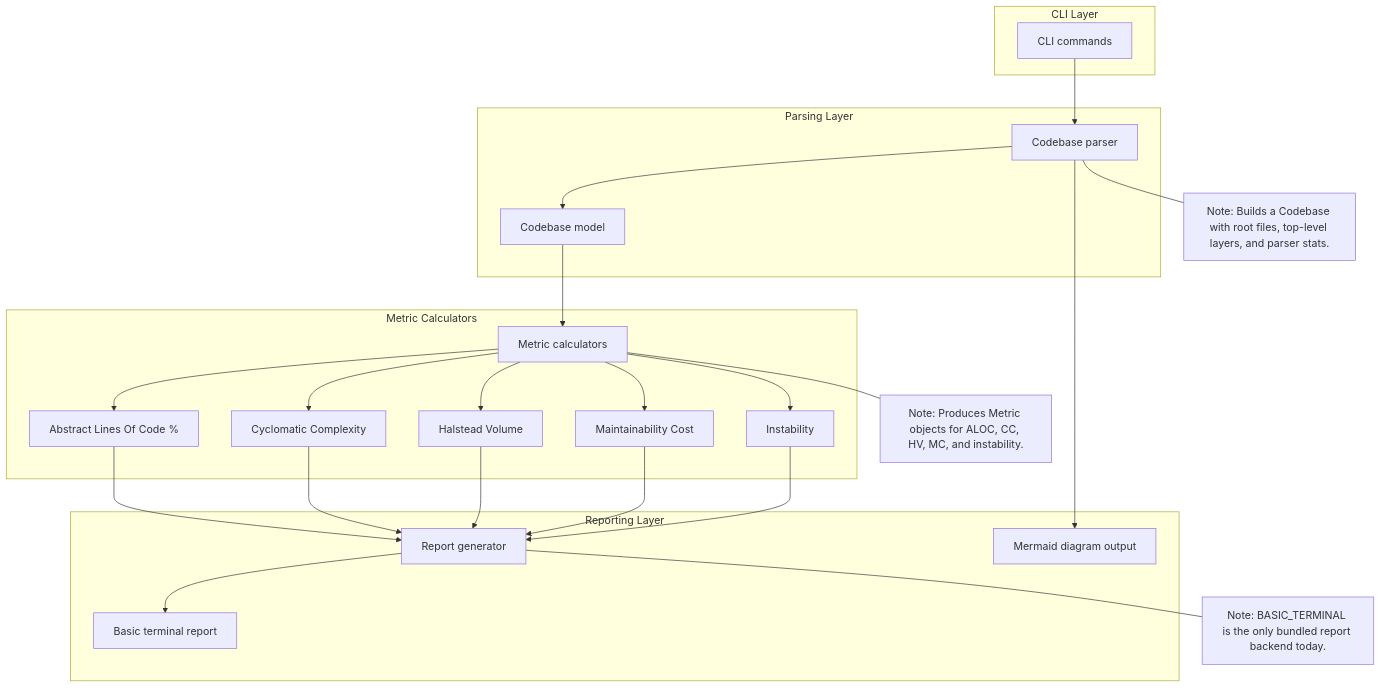
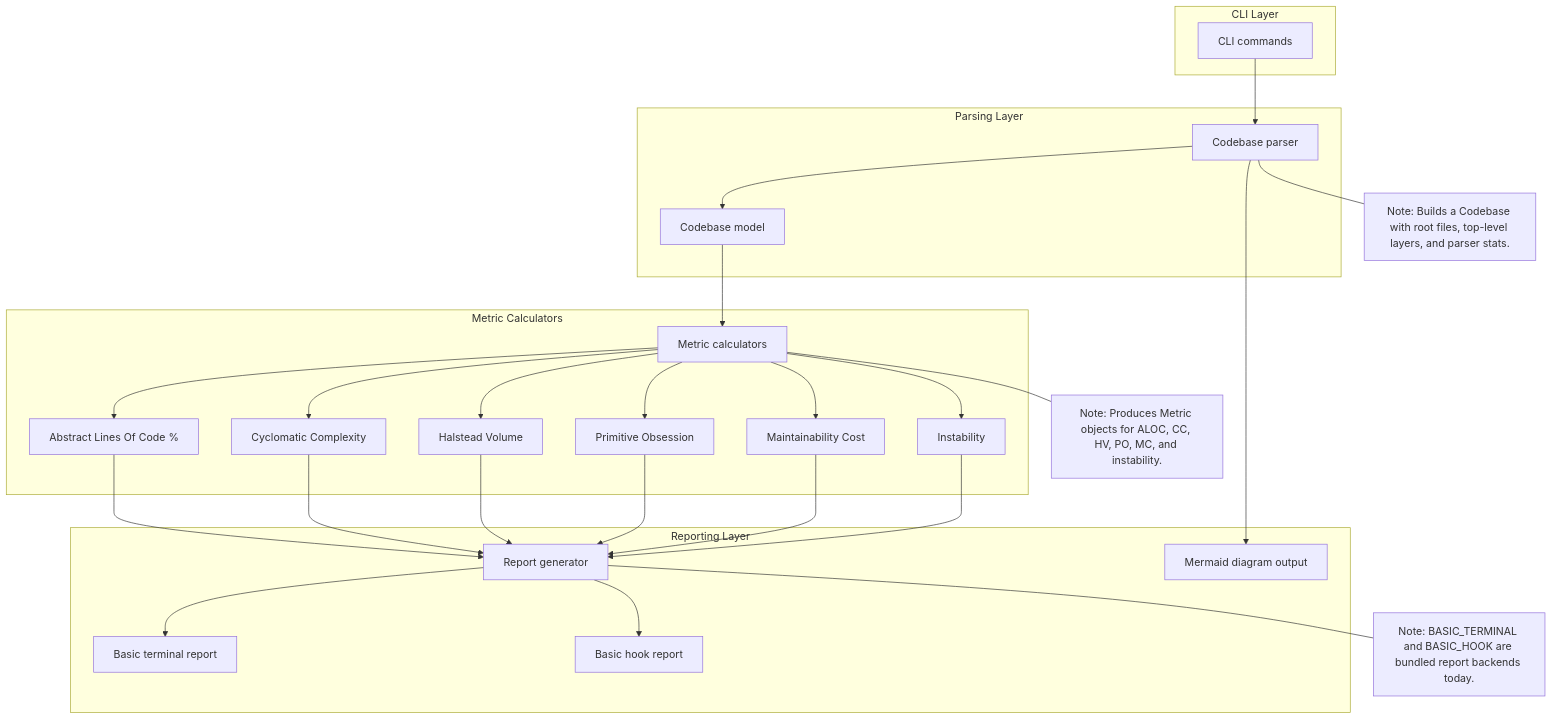
One commit to JuanJFarina/pymetrica changed the diagram in architecture_draft.md. Above: the diagram before and after it, drawn with Mermaid. The commit also changed 12 other files, not shown here.

````diff
--- a/architecture_draft.md
+++ b/architecture_draft.md
@@ -1,55 +1,60 @@
 ```mermaid
 flowchart TD
     subgraph "CLI Layer"
         CLIParser["CLI commands"]
     end
 
     subgraph "Parsing Layer"
         DirReader["Codebase parser"]
         Codebase["Codebase model"]
     end
 
     subgraph "Metric Calculators"
         MetricsCalc["Metric calculators"]
         ALOC["Abstract Lines Of Code %"]
         CC["Cyclomatic Complexity"]
         HV["Halstead Volume"]
+        PO["Primitive Obsession"]
         MC["Maintainability Cost"]
         LI["Instability"]
     end
 
     subgraph "Reporting Layer"
         ReportGen["Report generator"]
         BasicReport["Basic terminal report"]
+        HookReport["Basic hook report"]
         Diagram["Mermaid diagram output"]
     end
 
     CLIParser --> DirReader
     DirReader --> Codebase
     Codebase --> MetricsCalc
 
     MetricsCalc --> ALOC
     MetricsCalc --> CC
     MetricsCalc --> HV
+    MetricsCalc --> PO
     MetricsCalc --> MC
     MetricsCalc --> LI
 
     ALOC --> ReportGen
     CC --> ReportGen
     HV --> ReportGen
+    PO --> ReportGen
     MC --> ReportGen
     LI --> ReportGen
 
     ReportGen --> BasicReport
+    ReportGen --> HookReport
     DirReader --> Diagram
 
     %% Notes attached to nodes
     DirReader --- NoteCodebase
     NoteCodebase["Note: Builds a Codebase with root files, top-level layers, and parser stats."]
 
     MetricsCalc --- NoteMetric
-    NoteMetric["Note: Produces Metric objects for ALOC, CC, HV, MC, and instability."]
+    NoteMetric["Note: Produces Metric objects for ALOC, CC, HV, PO, MC, and instability."]
 
     ReportGen --- NoteReport
-    NoteReport["Note: BASIC_TERMINAL is the only bundled report backend today."]
+    NoteReport["Note: BASIC_TERMINAL and BASIC_HOOK are bundled report backends today."]
 ```
````
